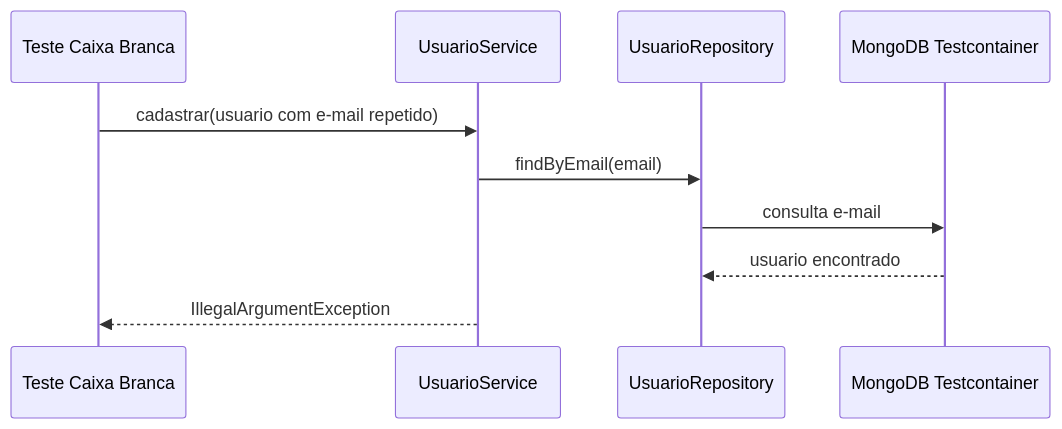
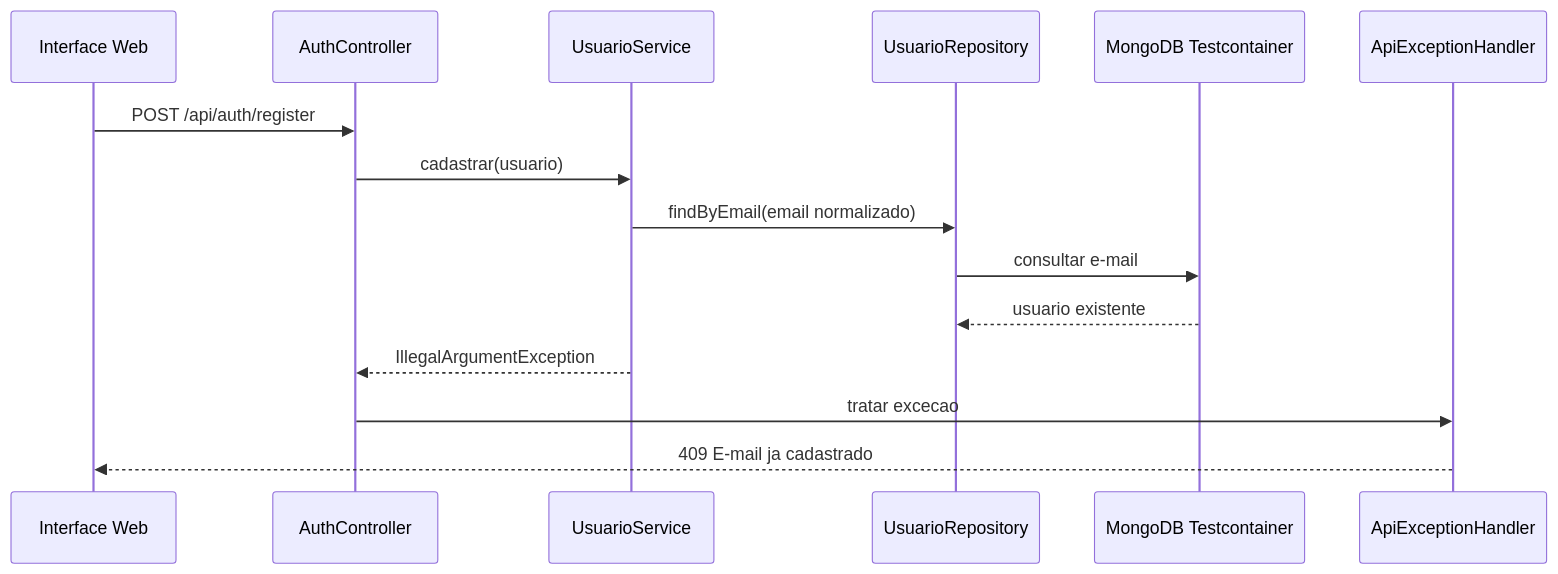
One commit to rafalima1907/gerenciador_bibliotecas changed the second of 12 diagrams in RTM.md. Above: the diagram before and after it, drawn with Mermaid. The commit also changed other lines of this file and 3 other files, not shown here.

````diff
--- a/RTM.md
+++ b/RTM.md
@@ -64,13 +85,18 @@
 ```mermaid
 sequenceDiagram
-    participant T as Teste Caixa Branca
+    participant UI as Interface Web
+    participant A as AuthController
     participant S as UsuarioService
     participant R as UsuarioRepository
     participant DB as MongoDB Testcontainer
+    participant E as ApiExceptionHandler
 
-    T->>S: cadastrar(usuario com e-mail repetido)
-    S->>R: findByEmail(email)
-    R->>DB: consulta e-mail
-    DB-->>R: usuario encontrado
-    S-->>T: IllegalArgumentException
+    UI->>A: POST /api/auth/register
+    A->>S: cadastrar(usuario)
+    S->>R: findByEmail(email normalizado)
+    R->>DB: consultar e-mail
+    DB-->>R: usuario existente
+    S-->>A: IllegalArgumentException
+    A->>E: tratar excecao
+    E-->>UI: 409 E-mail ja cadastrado
 ```
````
